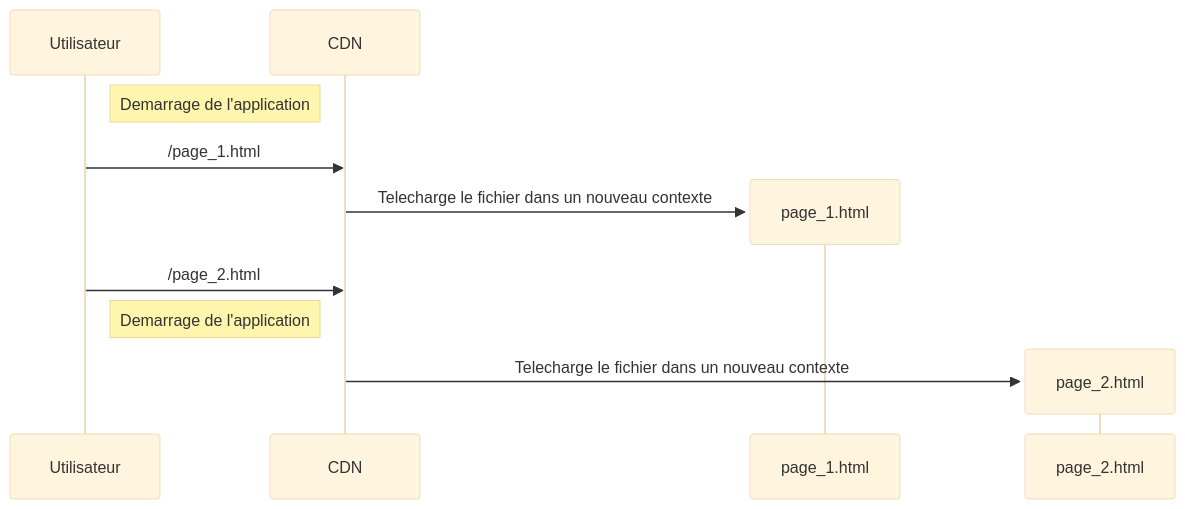
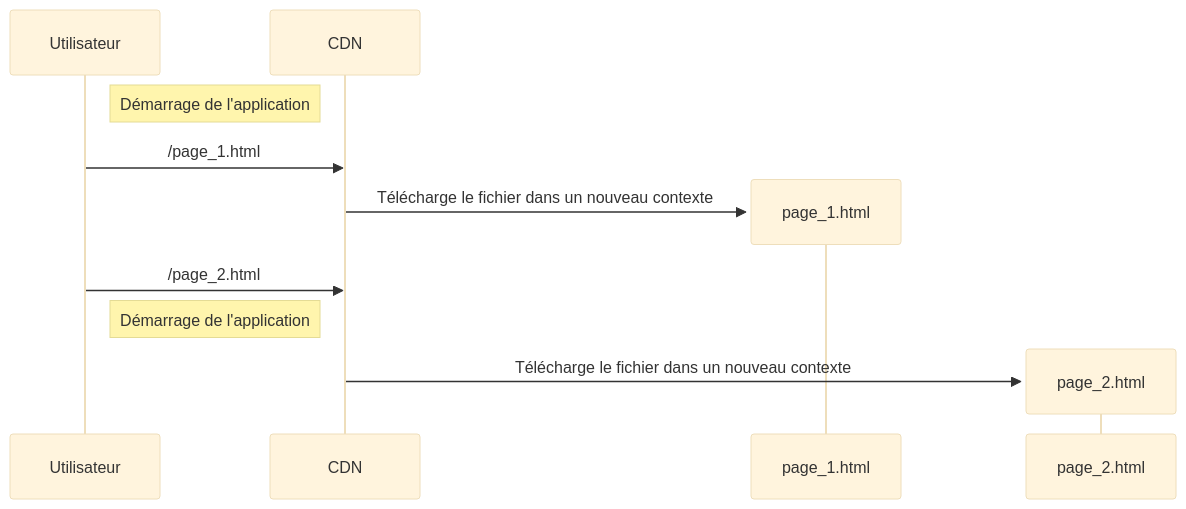
One commit to opac-teach/teach-web-md changed the second of 2 diagrams in content/cours/dev-frontend/routing.md. Above: the diagram before and after it, drawn with Mermaid (base theme). The commit also changed other lines of this file and 11 other files, not shown here.

````diff
--- a/content/cours/dev-frontend/routing.md
+++ b/content/cours/dev-frontend/routing.md
@@ -30,13 +30,13 @@
 ```mermaid
 sequenceDiagram
     participant U as Utilisateur
     participant R as CDN
-    Note right of U: Demarrage de l'application
+    Note right of U: Démarrage de l'application
     U->>R: /page_1.html
     create participant page_1.html
-    R->>page_1.html: Telecharge le fichier dans un nouveau contexte
+    R->>page_1.html: Télécharge le fichier dans un nouveau contexte
     U->>R: /page_2.html
-    Note right of U: Demarrage de l'application
+    Note right of U: Démarrage de l'application
     create participant page_2.html
-    R->>page_2.html: Telecharge le fichier dans un nouveau contexte
+    R->>page_2.html: Télécharge le fichier dans un nouveau contexte
 ```
````
